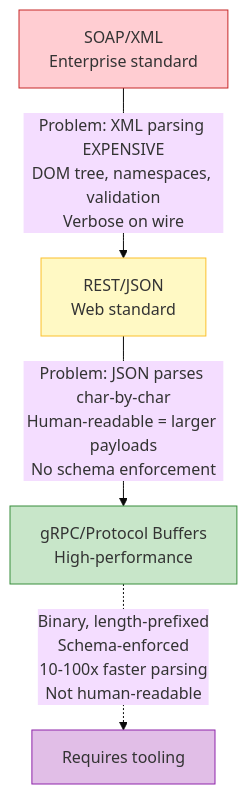
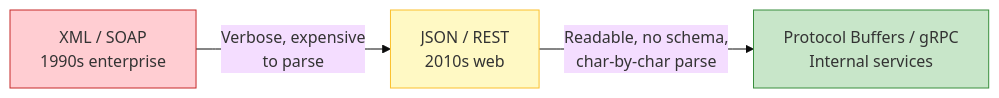
One commit to usamaElsharkawi/Fundamentals-of-Backend-Engineering changed the fourth of 14 diagrams in Section 2: Backend Communication Design Patterns/lecture-07-request-response.md. Above: the diagram before and after it, drawn with Mermaid (base theme). The commit also changed other lines of this file and 1 other file, not shown here.

````diff
--- a/Section 2: Backend Communication Design Patterns/lecture-07-request-response.md
+++ b/Section 2: Backend Communication Design Patterns/lecture-07-request-response.md
@@ -90,16 +181,9 @@
 ```mermaid
-flowchart TD
-    XML[SOAP/XML<br/>Enterprise standard]
-    JSON[REST/JSON<br/>Web standard]
-    PROTO[gRPC/Protocol Buffers<br/>High-performance]
-
-    XML -->|Problem: XML parsing EXPENSIVE<br/>DOM tree, namespaces, validation<br/>Verbose on wire| JSON
-    JSON -->|Problem: JSON parses char-by-char<br/>Human-readable = larger payloads<br/>No schema enforcement| PROTO
-
-    PROTO -.->|Binary, length-prefixed<br/>Schema-enforced<br/>10-100x faster parsing<br/>Not human-readable| Tooling[Requires tooling]
+flowchart LR
+    XML["XML / SOAP<br/>1990s enterprise"] -->|Verbose, expensive<br/>to parse| JSON["JSON / REST<br/>2010s web"]
+    JSON -->|Readable, no schema,<br/>char-by-char parse| PROTO["Protocol Buffers / gRPC<br/>Internal services"]
 
     style XML fill:#ffcdd2,stroke:#c62828
     style JSON fill:#fff9c4,stroke:#fbc02d
     style PROTO fill:#c8e6c9,stroke:#388e3c
-    style Tooling fill:#e1bee7,stroke:#8e24aa
 ```
````
